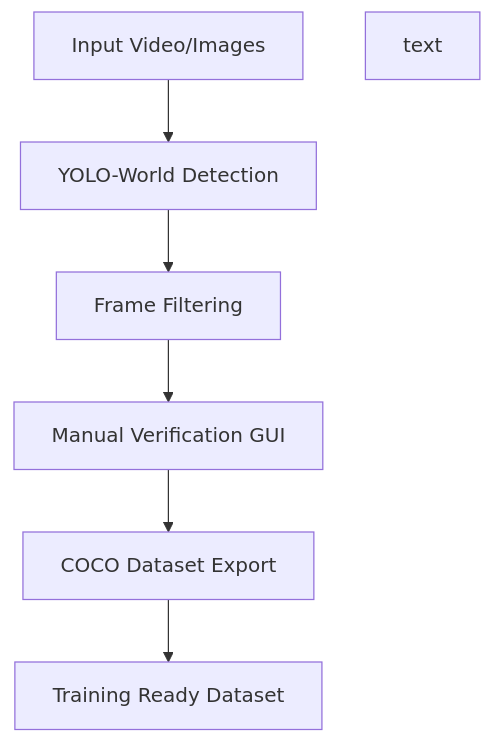
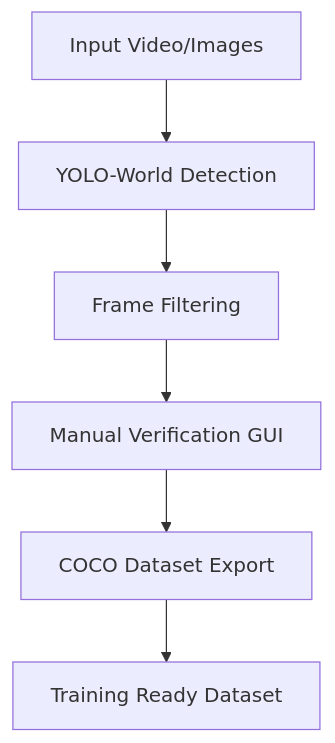
One commit to sah4jpatel/AutoLabeller changed the diagram in README.md. Above: the diagram before and after it, drawn with Mermaid.

````diff
--- a/README.md
+++ b/README.md
@@ -28,9 +28,8 @@
 ```mermaid
 graph TD;
 A[Input Video/Images] --> B[YOLO-World Detection]
 B --> C[Frame Filtering]
 C --> D[Manual Verification GUI]
 D --> E[COCO Dataset Export]
 E --> F[Training Ready Dataset]
-text
 ```
````
